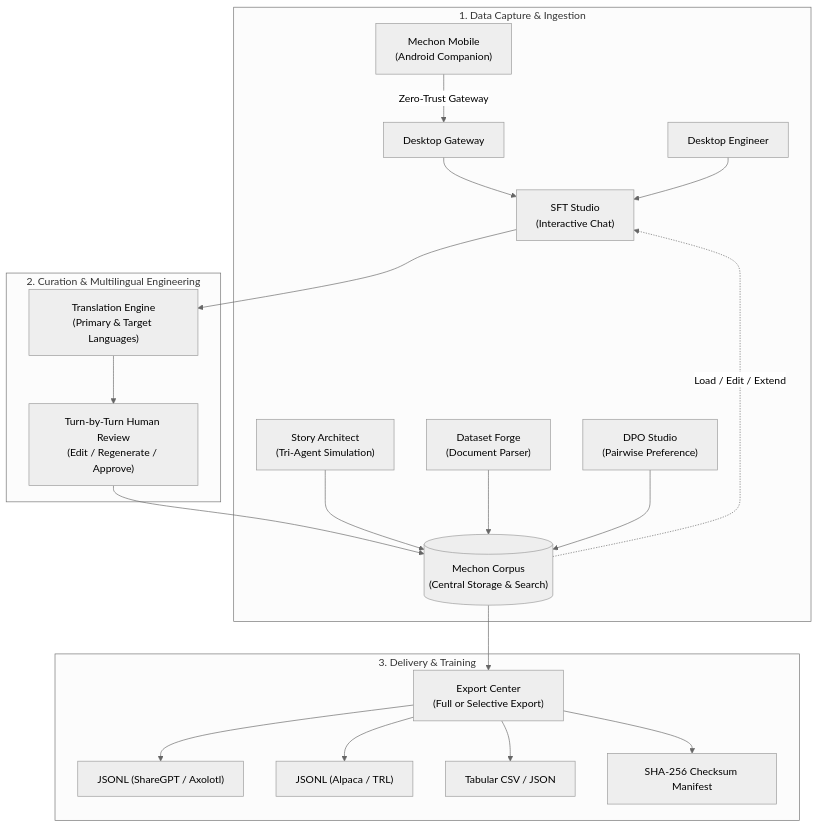
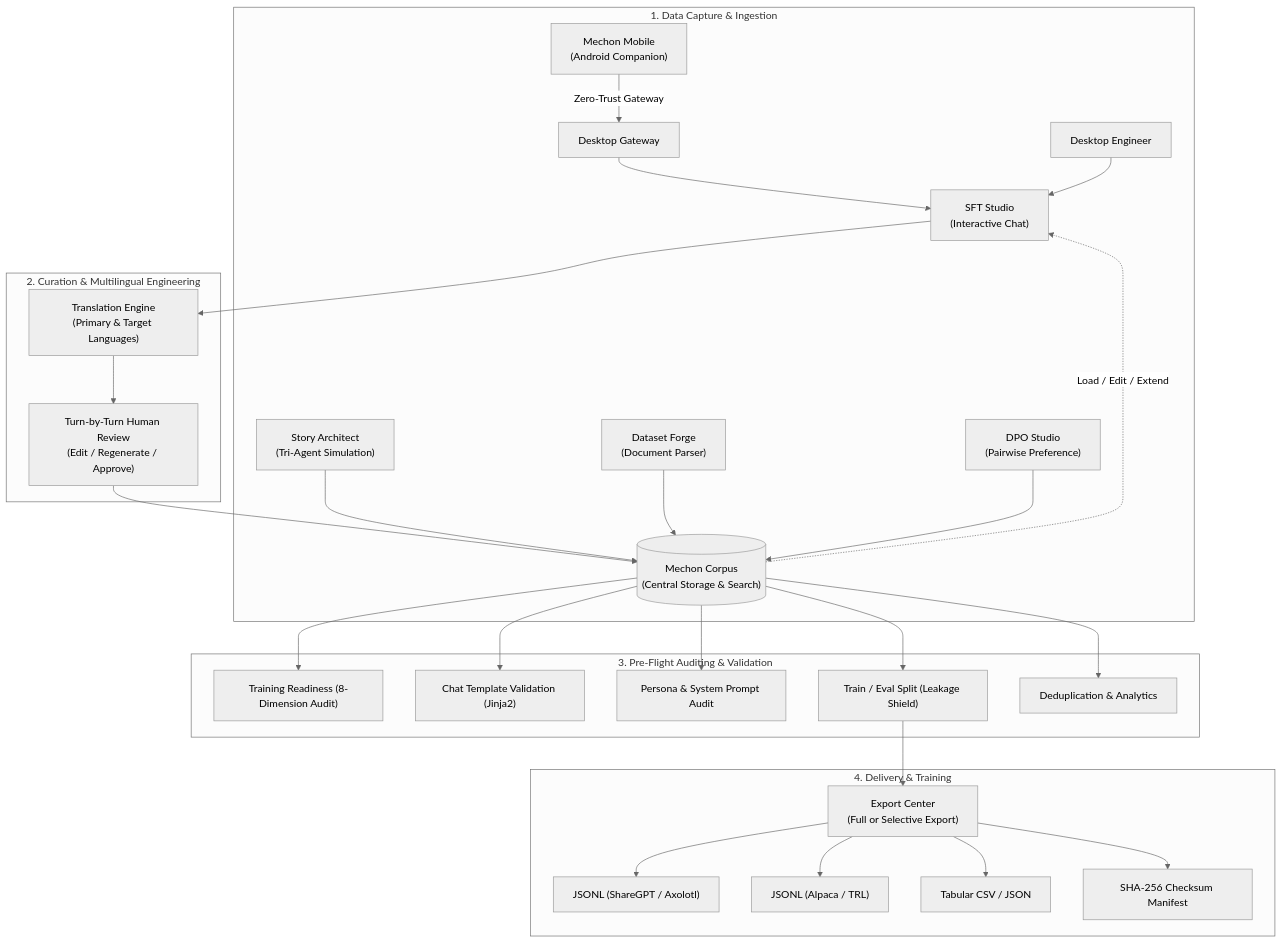
One commit to Mechon-AI/mechon-ai changed the first of 2 diagrams in README.md. Above: the diagram before and after it, drawn with Mermaid (neutral theme). The commit also changed other lines of this file and 2 other files, not shown here.

Commit message:
docs: enrich architecture diagram and document full engineering suite

````diff
--- a/README.md
+++ b/README.md
@@ -45,26 +51,34 @@
 ```mermaid
 flowchart TD
     subgraph Capture ["1. Data Capture & Ingestion"]
         Mobile["Mechon Mobile<br/>(Android Companion)"] -->|Zero-Trust Gateway| DeskGW["Desktop Gateway"]
         DeskGW --> SFT["SFT Studio<br/>(Interactive Chat)"]
         User["Desktop Engineer"] --> SFT
         Story["Story Architect<br/>(Tri-Agent Simulation)"] --> Corpus
         Forge["Dataset Forge<br/>(Document Parser)"] --> Corpus
         DPO["DPO Studio<br/>(Pairwise Preference)"] --> Corpus
     end
 
     subgraph Curation ["2. Curation & Multilingual Engineering"]
         SFT --> Trans["Translation Engine<br/>(Primary & Target Languages)"]
         Trans --> Review["Turn-by-Turn Human Review<br/>(Edit / Regenerate / Approve)"]
         Review --> Corpus[("Mechon Corpus<br/>(Central Storage & Search)")]
         Corpus -.->|Load / Edit / Extend| SFT
     end
 
-    subgraph Delivery ["3. Delivery & Training"]
-        Corpus --> Export["Export Center<br/>(Full or Selective Export)"]
+    subgraph Validation_Suite ["3. Pre-Flight Auditing & Validation"]
+        Corpus --> Readiness["Training Readiness (8-Dimension Audit)"]
+        Corpus --> Templates["Chat Template Validation (Jinja2)"]
+        Corpus --> PersonaAudit["Persona & System Prompt Audit"]
+        Corpus --> Splits["Train / Eval Split (Leakage Shield)"]
+        Corpus --> Dedup["Deduplication & Analytics"]
+    end
+
+    subgraph Delivery ["4. Delivery & Training"]
+        Splits --> Export["Export Center<br/>(Full or Selective Export)"]
         Export --> ShareGPT["JSONL (ShareGPT / Axolotl)"]
         Export --> Alpaca["JSONL (Alpaca / TRL)"]
         Export --> CSV["Tabular CSV / JSON"]
         Export --> SHA["SHA-256 Checksum Manifest"]
     end
 ```
````
